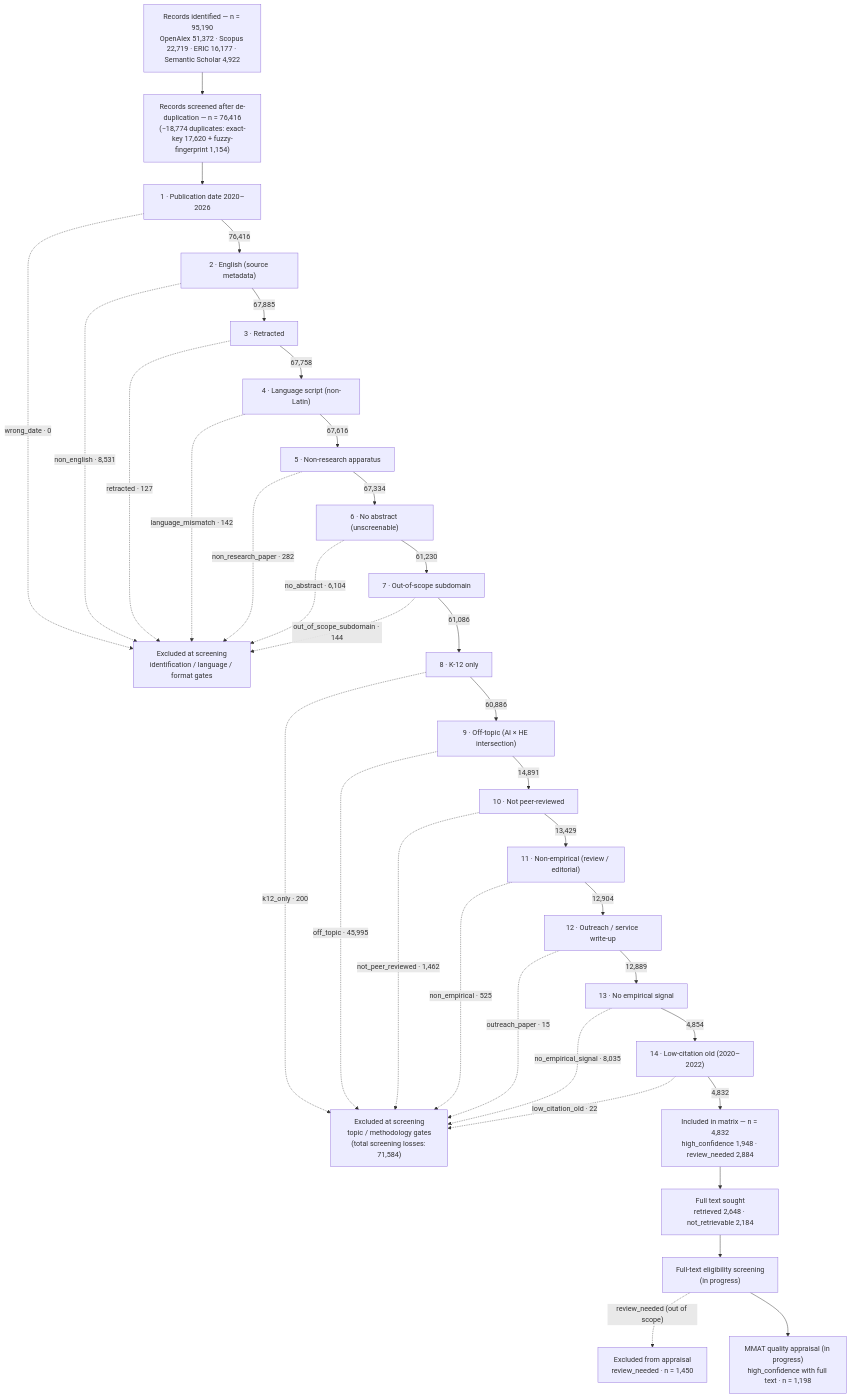
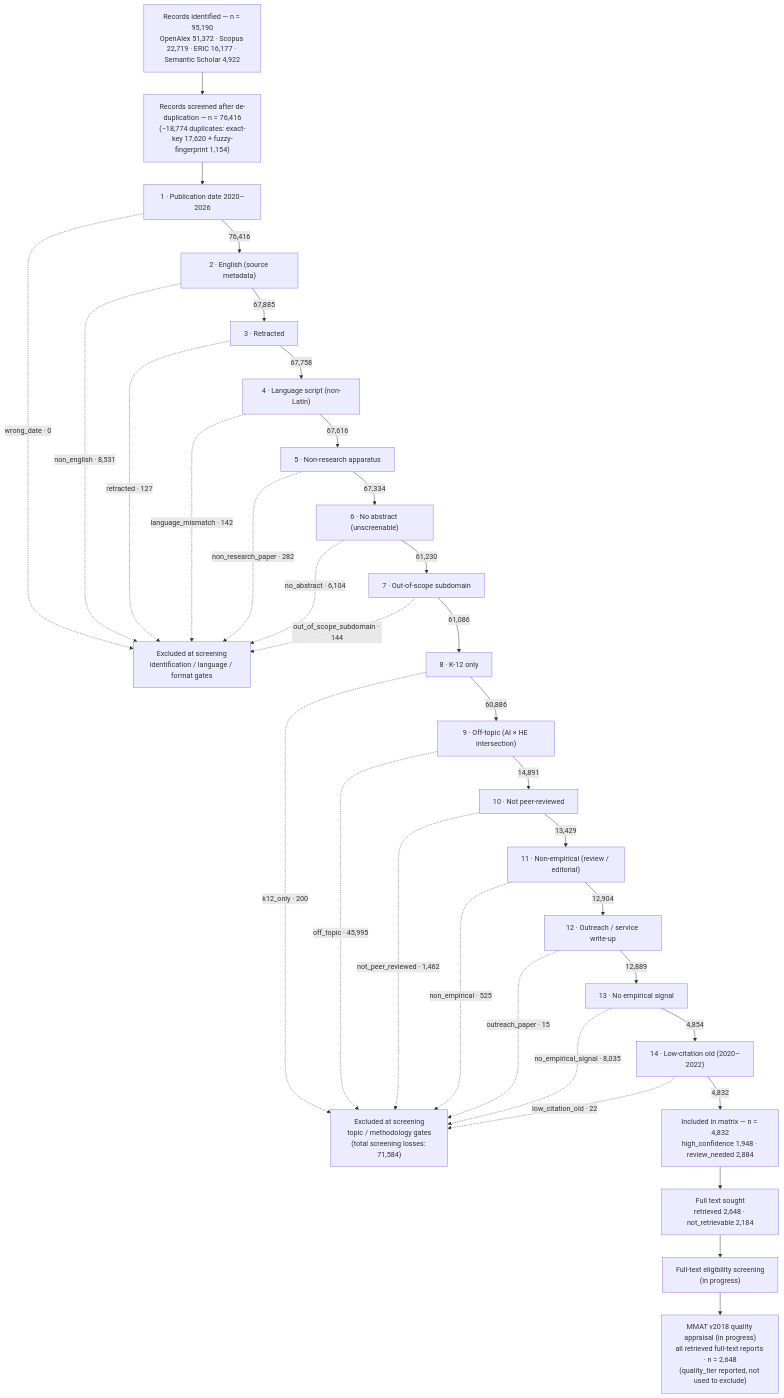
Before and after one commit to benjiesotelo-sudo/AI-Higher-Ed-RRL: the fourth of 4 diagrams in README.md, drawn with Mermaid. The commit also changed other lines of this file, not shown here.

First line of the commit message:
docs(readme): widen MMAT appraisal scope to all retrievable full-text reports (n=2,648)

````diff
--- a/README.md
+++ b/README.md
@@ -362,44 +360,43 @@
 ```mermaid
 flowchart TD
     ID["Records identified — n = 95,190<br/>OpenAlex 51,372 · Scopus 22,719 · ERIC 16,177 · Semantic Scholar 4,922"]
     DD["Records screened after de-duplication — n = 76,416<br/>(−18,774 duplicates: exact-key 17,620 + fuzzy-fingerprint 1,154)"]
     ID --> DD --> F1
 
     F1["1 · Publication date 2020–2026"] -. "wrong_date · 0" .-> XA
     F1 -->|"76,416"| F2
     F2["2 · English (source metadata)"] -. "non_english · 8,531" .-> XA
     F2 -->|"67,885"| F3
     F3["3 · Retracted"] -. "retracted · 127" .-> XA
     F3 -->|"67,758"| F4
     F4["4 · Language script (non-Latin)"] -. "language_mismatch · 142" .-> XA
     F4 -->|"67,616"| F5
     F5["5 · Non-research apparatus"] -. "non_research_paper · 282" .-> XA
     F5 -->|"67,334"| F6
     F6["6 · No abstract (unscreenable)"] -. "no_abstract · 6,104" .-> XA
     F6 -->|"61,230"| F7
     F7["7 · Out-of-scope subdomain"] -. "out_of_scope_subdomain · 144" .-> XA
     F7 -->|"61,086"| F8
     F8["8 · K-12 only"] -. "k12_only · 200" .-> XB
     F8 -->|"60,886"| F9
     F9["9 · Off-topic (AI × HE intersection)"] -. "off_topic · 45,995" .-> XB
     F9 -->|"14,891"| F10
     F10["10 · Not peer-reviewed"] -. "not_peer_reviewed · 1,462" .-> XB
     F10 -->|"13,429"| F11
     F11["11 · Non-empirical (review / editorial)"] -. "non_empirical · 525" .-> XB
     F11 -->|"12,904"| F12
     F12["12 · Outreach / service write-up"] -. "outreach_paper · 15" .-> XB
     F12 -->|"12,889"| F13
     F13["13 · No empirical signal"] -. "no_empirical_signal · 8,035" .-> XB
     F13 -->|"4,854"| F14
     F14["14 · Low-citation old (2020–2022)"] -. "low_citation_old · 22" .-> XB
     F14 -->|"4,832"| INC
 
     XA["Excluded at screening<br/>identification / language / format gates"]
     XB["Excluded at screening<br/>topic / methodology gates<br/>(total screening losses: 71,584)"]
 
     INC["Included in matrix — n = 4,832<br/>high_confidence 1,948 · review_needed 2,884"]
     INC --> RET["Full text sought<br/>retrieved 2,648 · not_retrievable 2,184"]
     RET --> ELIG["Full-text eligibility screening<br/>(in progress)"]
-    ELIG -. review_needed (out of scope) .-> RNX["Excluded from appraisal<br/>review_needed · n = 1,450"]
-    ELIG --> APP["MMAT quality appraisal (in progress)<br/>high_confidence with full text · n = 1,198"]
+    ELIG --> APP["MMAT v2018 quality appraisal (in progress)<br/>all retrieved full-text reports · n = 2,648<br/>(quality_tier reported, not used to exclude)"]
 ```
````
